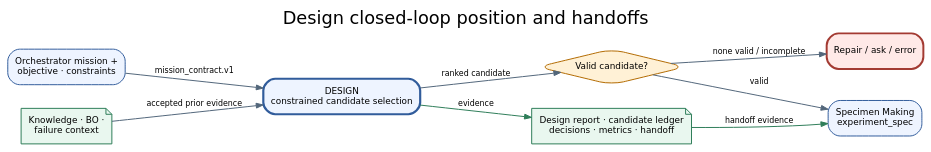
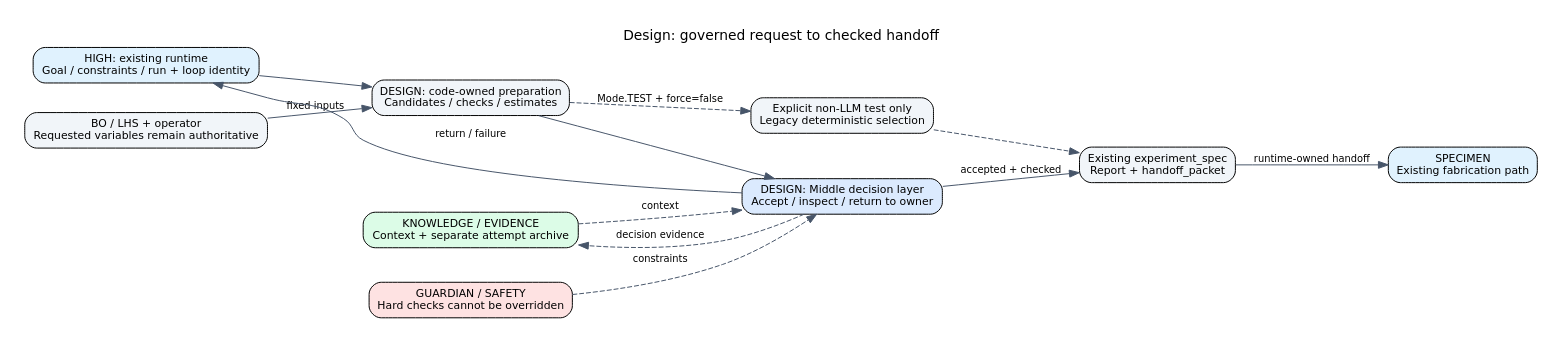
Before and after one commit to JIN9811/autonomous_researcher: the diagram in docs/agents/assets/figures/design_01_closed_loop_handoffs.dot, drawn with Graphviz. The commit also changed 29 other files, not shown here.

First line of the commit message:
feat(design): add evidence-based LLM decisions and agent documentation

```diff
--- a/docs/agents/assets/figures/design_01_closed_loop_handoffs.dot
+++ b/docs/agents/assets/figures/design_01_closed_loop_handoffs.dot
@@ -1,19 +1,21 @@
-digraph design_closed_loop_handoffs {
-  graph [rankdir=LR, bgcolor="transparent", pad="0.25", nodesep="0.34", ranksep="0.55", fontname="DejaVu Sans", label="Design closed-loop position and handoffs", labelloc="t", fontsize=18];
-  node [shape=box, style="rounded,filled", fillcolor="#EEF4FF", color="#315C9B", fontname="DejaVu Sans", fontsize=9, margin="0.10,0.07"];
-  edge [color="#52667A", fontname="DejaVu Sans", fontsize=8, arrowsize=0.7];
-  mission [label="Orchestrator mission +\nobjective · constraints"];
-  priors [label="Knowledge · BO ·\nfailure context", shape=note, fillcolor="#E9F7EF", color="#2E7D59"];
-  design [label="DESIGN\nconstrained candidate selection", penwidth=2.2];
-  gate [label="Valid candidate?", shape=diamond, fillcolor="#FFF1D6", color="#B26A00"];
-  specimen [label="Specimen Making\nexperiment_spec"];
-  review [label="Repair / ask / error", fillcolor="#FFE9E7", color="#A33A32", penwidth=2];
-  evidence [label="Design report · candidate ledger\ndecisions · metrics · handoff", shape=note, fillcolor="#E9F7EF", color="#2E7D59"];
-  mission -> design [label="mission_contract.v1"];
-  priors -> design [label="accepted prior evidence"];
-  design -> gate [label="ranked candidate"];
-  gate -> specimen [label="valid"];
-  gate -> review [label="none valid / incomplete"];
-  design -> evidence [label="evidence", color="#2E7D59"];
-  evidence -> specimen [label="handoff evidence", color="#2E7D59"];
+digraph DesignHandoffs {
+ graph [rankdir=LR,bgcolor="white",pad=0.25,nodesep=0.4,ranksep=0.55,label="Design: governed request to checked handoff",labelloc=t,fontname="DejaVu Sans"];
+ node [shape=box,style="rounded,filled",fillcolor="#f1f5f9",fontname="DejaVu Sans",fontsize=11];
+ edge [fontname="DejaVu Sans",fontsize=10,color="#475569"];
+ high [label="HIGH: existing runtime\nGoal / constraints / run + loop identity",fillcolor="#e0f2fe"];
+ bo [label="BO / LHS + operator\nRequested variables remain authoritative"];
+ prep [label="DESIGN: code-owned preparation\nCandidates / checks / estimates"];
+ llm [label="DESIGN: Middle decision layer\nAccept / inspect / return to owner",fillcolor="#dbeafe"];
+ out [label="Existing experiment_spec\nReport + handoff_packet"];
+ spc [label="SPECIMEN\nExisting fabrication path",fillcolor="#e0f2fe"];
+ history [label="KNOWLEDGE / EVIDENCE\nContext + separate attempt archive",fillcolor="#dcfce7"];
+ safety [label="GUARDIAN / SAFETY\nHard checks cannot be overridden",fillcolor="#fee2e2"];
+ test [label="Explicit non-LLM test only\nLegacy deterministic selection"];
+ high -> prep; bo -> prep [label="fixed inputs"]; prep -> llm;
+ llm -> out [label="accepted + checked"]; out -> spc [label="runtime-owned handoff"];
+ llm -> high [label="return / failure",constraint=false];
+ history -> llm [style=dashed,label="context"];
+ llm -> history [style=dashed,label="decision evidence",constraint=false];
+ safety -> llm [style=dashed,label="constraints"];
+ prep -> test [style=dashed,label="Mode.TEST + force=false"]; test -> out [style=dashed];
 }
```
